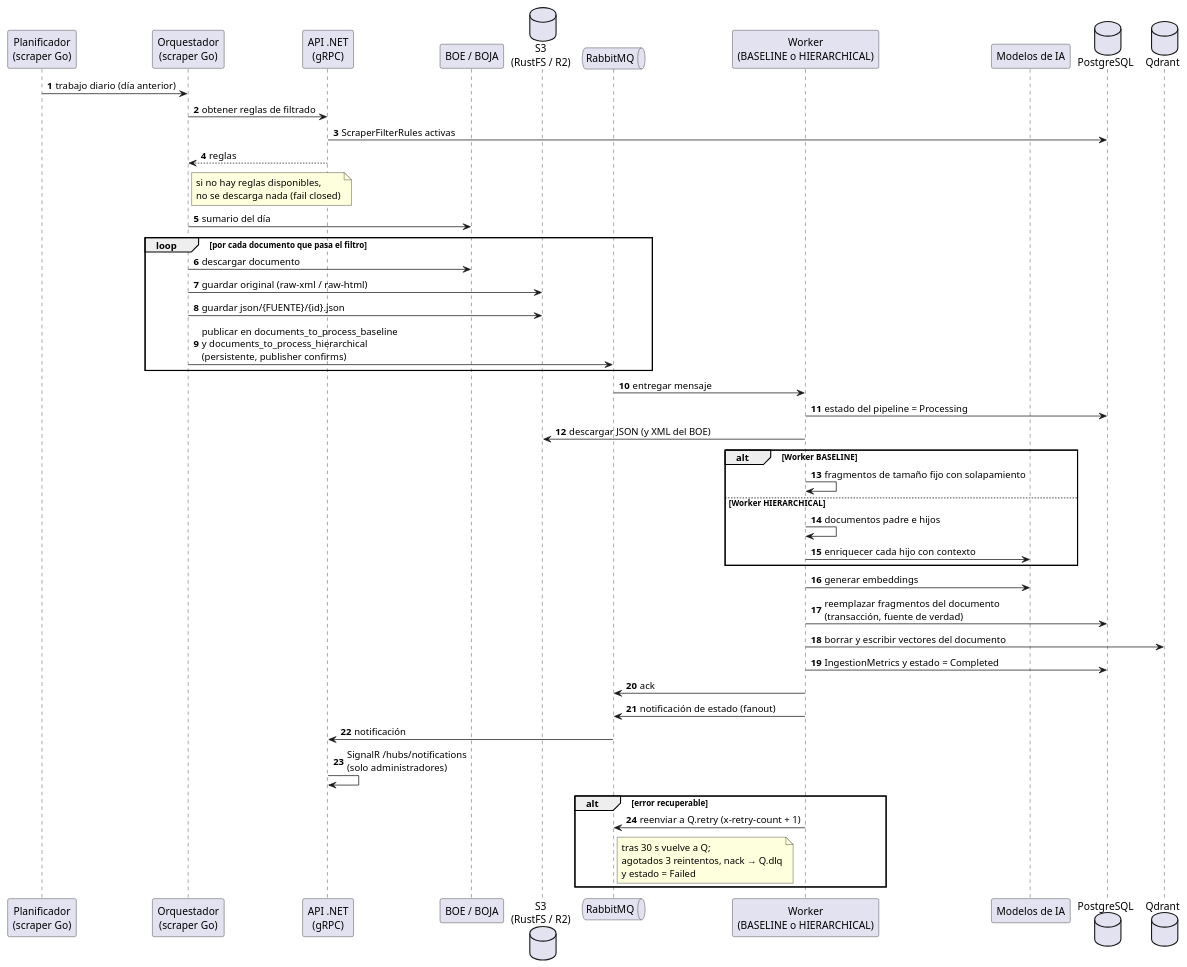
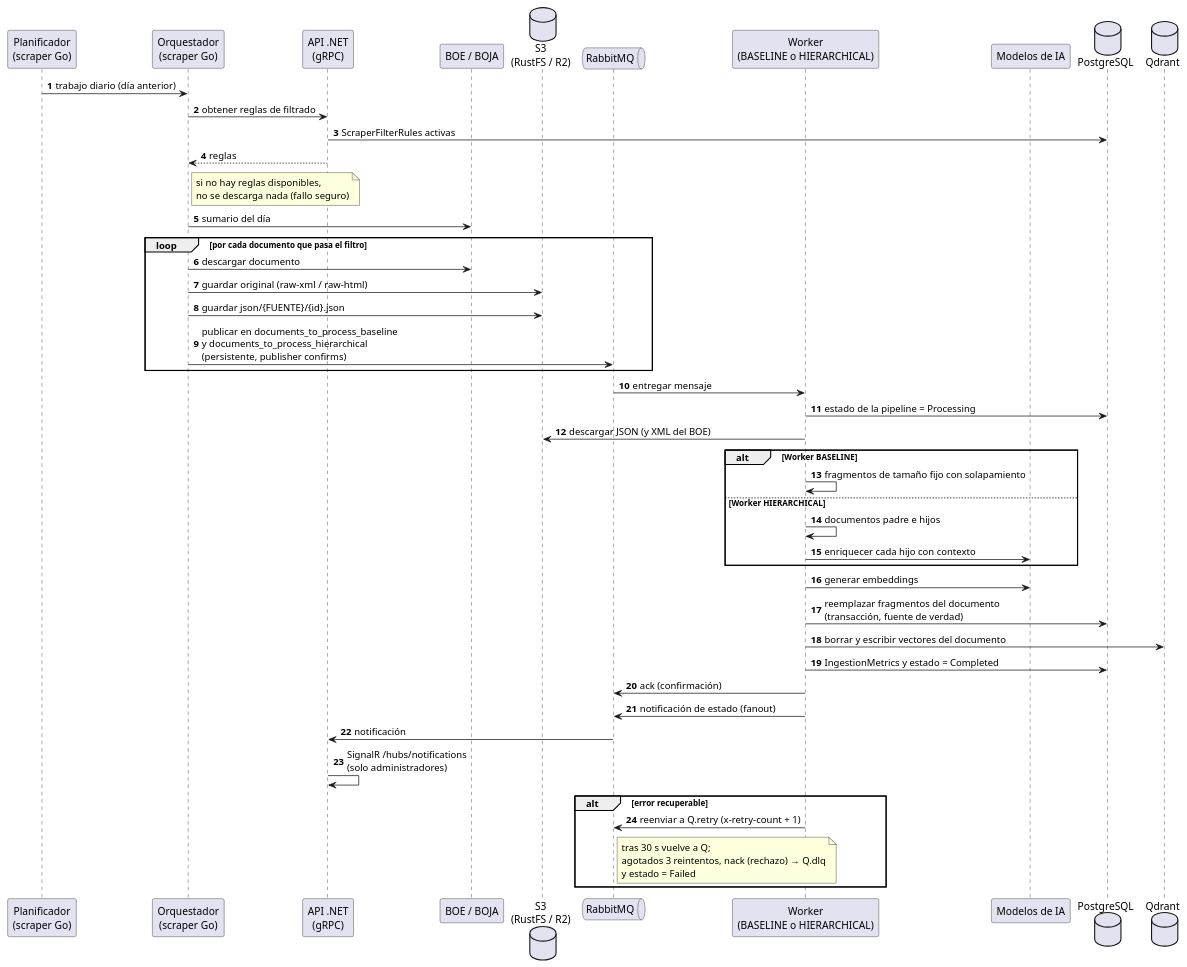
The diagram in memoria/figuras/uml/secuencia-ingesta.puml (TempooDev/asistente-ayuntamiento), drawn with PlantUML before and after one commit. The commit also changed 118 other files, not shown here.

First line of the commit message:
Memoria: versión final tras las revisiones del tribunal (#80)

```diff
--- a/memoria/figuras/uml/secuencia-ingesta.puml
+++ b/memoria/figuras/uml/secuencia-ingesta.puml
@@ -1,53 +1,53 @@
 @startuml secuencia-ingesta
 ' Ingesta diaria de un boletín
 skinparam shadowing false
 skinparam defaultFontName Helvetica
 skinparam sequenceMessageAlign left
 autonumber
 participant "Planificador\n(scraper Go)" as Sched
 participant "Orquestador\n(scraper Go)" as Go
 participant "API .NET\n(gRPC)" as Api
 participant "BOE / BOJA" as Src
 database "S3\n(RustFS / R2)" as S3
 queue "RabbitMQ" as MQ
 participant "Worker\n(BASELINE o HIERARCHICAL)" as W
 participant "Modelos de IA" as LLM
 database "PostgreSQL" as PG
 database "Qdrant" as Q
 
 Sched -> Go : trabajo diario (día anterior)
 Go -> Api : obtener reglas de filtrado
 Api -> PG : ScraperFilterRules activas
 Api --> Go : reglas
-note right of Go : si no hay reglas disponibles,\nno se descarga nada (fail closed)
+note right of Go : si no hay reglas disponibles,\nno se descarga nada (fallo seguro)
 Go -> Src : sumario del día
 loop por cada documento que pasa el filtro
   Go -> Src : descargar documento
   Go -> S3 : guardar original (raw-xml / raw-html)
   Go -> S3 : guardar json/{FUENTE}/{id}.json
   Go -> MQ : publicar en documents_to_process_baseline\ny documents_to_process_hierarchical\n(persistente, publisher confirms)
 end
 
 MQ -> W : entregar mensaje
-W -> PG : estado del pipeline = Processing
+W -> PG : estado de la pipeline = Processing
 W -> S3 : descargar JSON (y XML del BOE)
 alt Worker BASELINE
   W -> W : fragmentos de tamaño fijo con solapamiento
 else Worker HIERARCHICAL
   W -> W : documentos padre e hijos
   W -> LLM : enriquecer cada hijo con contexto
 end
 W -> LLM : generar embeddings
 W -> PG : reemplazar fragmentos del documento\n(transacción, fuente de verdad)
 W -> Q : borrar y escribir vectores del documento
 W -> PG : IngestionMetrics y estado = Completed
-W -> MQ : ack
+W -> MQ : ack (confirmación)
 W -> MQ : notificación de estado (fanout)
 MQ -> Api : notificación
 Api -> Api : SignalR /hubs/notifications\n(solo administradores)
 
 alt error recuperable
   W -> MQ : reenviar a Q.retry (x-retry-count + 1)
-  note right of MQ : tras 30 s vuelve a Q;\nagotados 3 reintentos, nack → Q.dlq\ny estado = Failed
+  note right of MQ : tras 30 s vuelve a Q;\nagotados 3 reintentos, nack (rechazo) → Q.dlq\ny estado = Failed
 end
 @enduml
```
